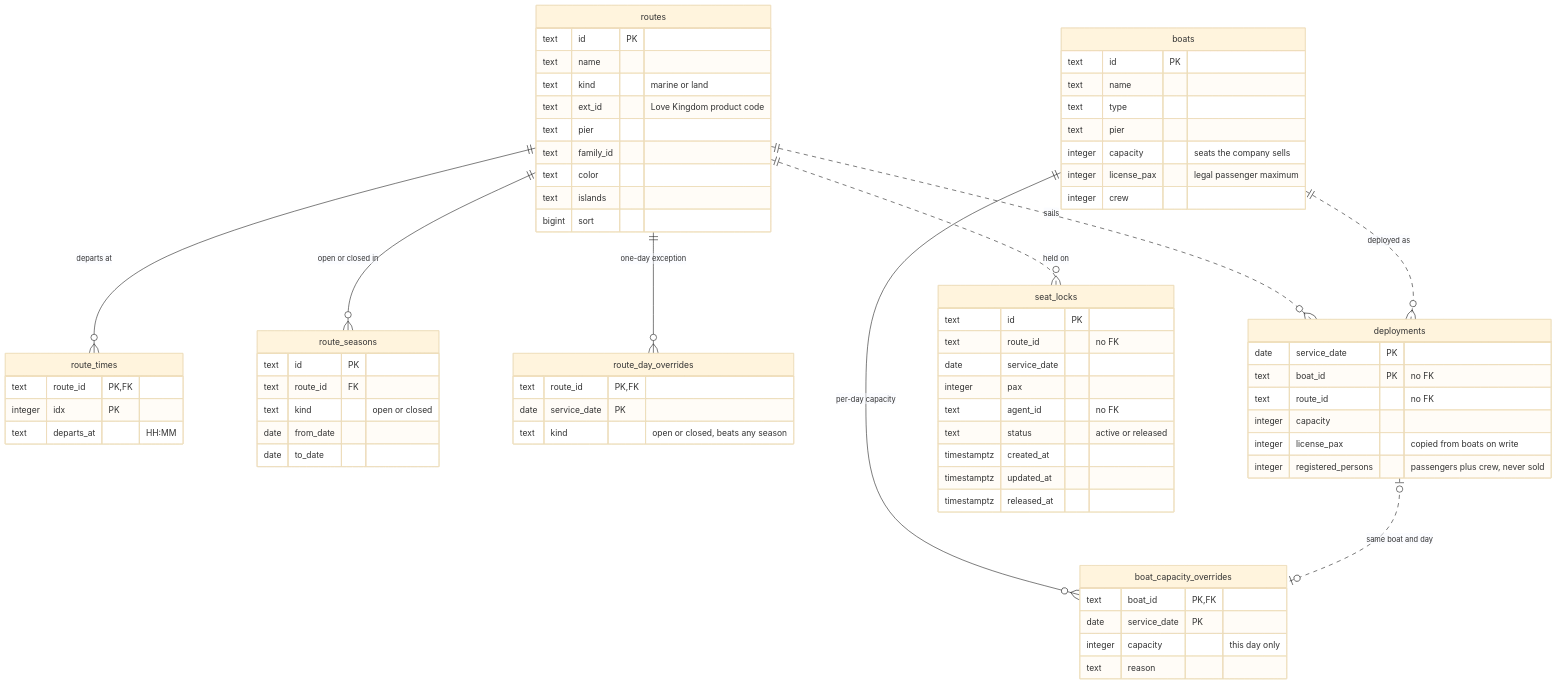
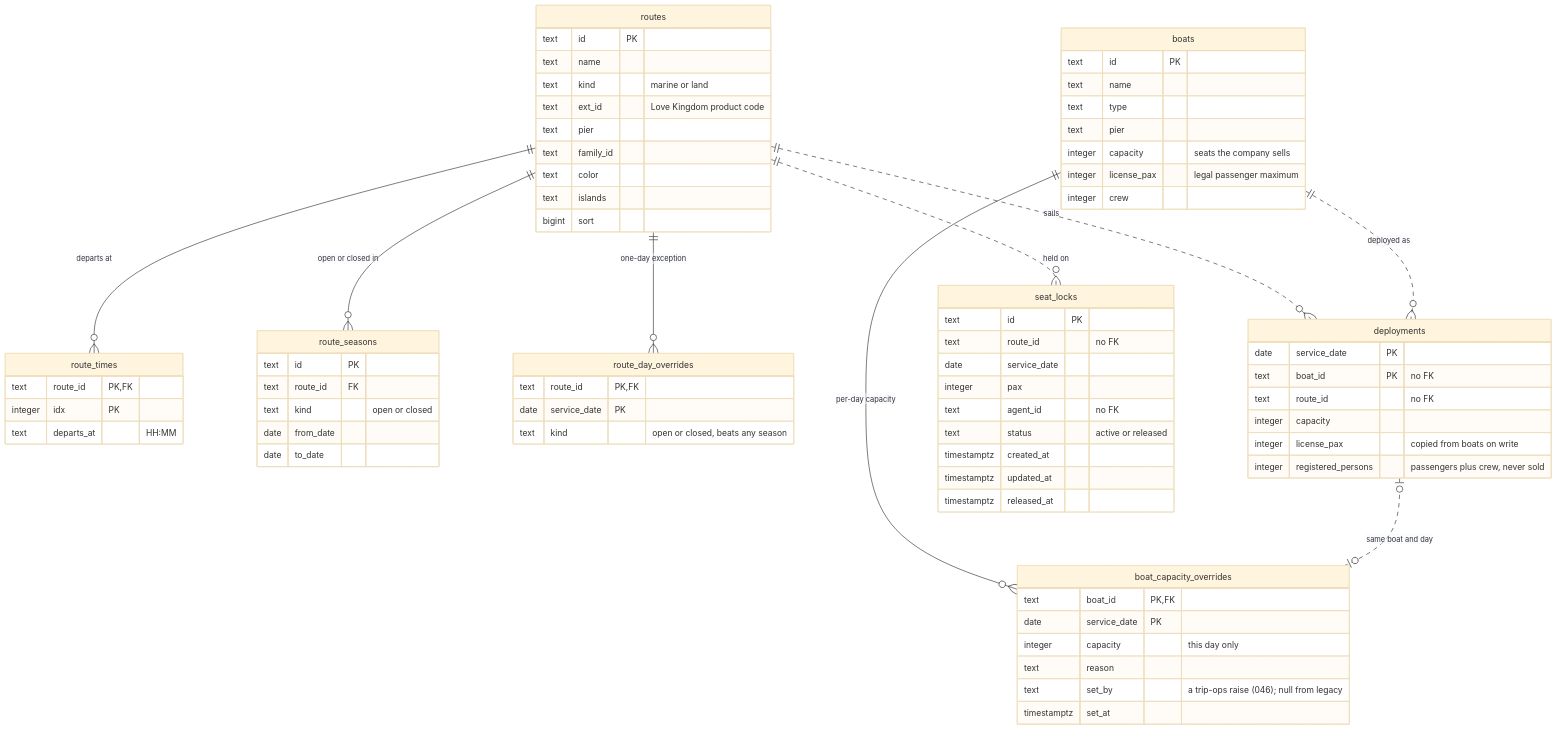
The second of 8 diagrams in docs/schema.md (TheTaTha5/operation_backend), drawn with Mermaid (base theme) before and after one commit. The commit also changed 11 other files, not shown here.

First line of the commit message:
feat: boat assignment rules (capacity + 2, chartered boats, charter boat)

````diff
--- a/docs/schema.md
+++ b/docs/schema.md
@@ -60,74 +60,76 @@
 ```mermaid
 erDiagram
   routes {
     text id PK
     text name
     text kind "marine or land"
     text ext_id "Love Kingdom product code"
     text pier
     text family_id
     text color
     text islands
     bigint sort
   }
   route_times {
     text route_id PK, FK
     integer idx PK
     text departs_at "HH:MM"
   }
   route_seasons {
     text id PK
     text route_id FK
     text kind "open or closed"
     date from_date
     date to_date
   }
   route_day_overrides {
     text route_id PK, FK
     date service_date PK
     text kind "open or closed, beats any season"
   }
   boats {
     text id PK
     text name
     text type
     text pier
     integer capacity "seats the company sells"
     integer license_pax "legal passenger maximum"
     integer crew
   }
   boat_capacity_overrides {
     text boat_id PK, FK
     date service_date PK
     integer capacity "this day only"
     text reason
+    text set_by "a trip-ops raise (046); null from legacy"
+    timestamptz set_at
   }
   deployments {
     date service_date PK
     text boat_id PK "no FK"
     text route_id "no FK"
     integer capacity
     integer license_pax "copied from boats on write"
     integer registered_persons "passengers plus crew, never sold"
   }
   seat_locks {
     text id PK
     text route_id "no FK"
     date service_date
     integer pax
     text agent_id "no FK"
     text status "active or released"
     timestamptz created_at
     timestamptz updated_at
     timestamptz released_at
   }
 
   routes ||--o{ route_times : "departs at"
   routes ||--o{ route_seasons : "open or closed in"
   routes ||--o{ route_day_overrides : "one-day exception"
   boats ||--o{ boat_capacity_overrides : "per-day capacity"
   routes ||..o{ deployments : "sails"
   boats ||..o{ deployments : "deployed as"
   deployments |o..o| boat_capacity_overrides : "same boat and day"
   routes ||..o{ seat_locks : "held on"
 ```
````
